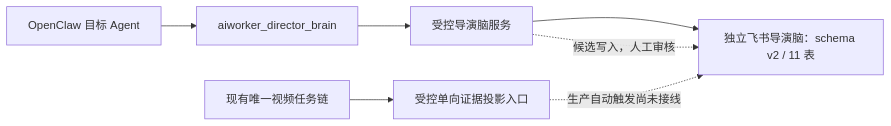
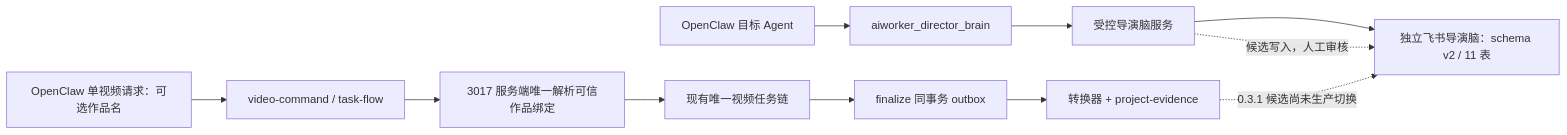
One commit to MAKingljx/video-autoworker changed the first of 2 diagrams in docs/architecture/director-brain.md. Above: the diagram before and after it, drawn with Mermaid. The commit also changed other lines of this file and 91 other files, not shown here.

Commit message:
feat(director): complete governed video evidence delivery

````diff
--- a/docs/architecture/director-brain.md
+++ b/docs/architecture/director-brain.md
@@ -55,9 +60,13 @@
 ```mermaid
 flowchart LR
   U["OpenClaw 目标 Agent"] --> T["aiworker_director_brain"]
   T --> S["受控导演脑服务"]
   S --> B["独立飞书导演脑：schema v2 / 11 表"]
   S -. "候选写入，人工审核" .-> B
-  Q["现有唯一视频任务链"] --> P["受控单向证据投影入口"]
-  P -. "生产自动触发尚未接线" .-> B
+  Q["OpenClaw 单视频请求：可选作品名"] --> V["video-command / task-flow"]
+  V --> R["3017 服务端唯一解析可信作品绑定"]
+  R --> N["现有唯一视频任务链"]
+  N --> O["finalize 同事务 outbox"]
+  O --> P["转换器 + project-evidence"]
+  P -. "0.3.1 候选尚未生产切换" .-> B
 ```
````
